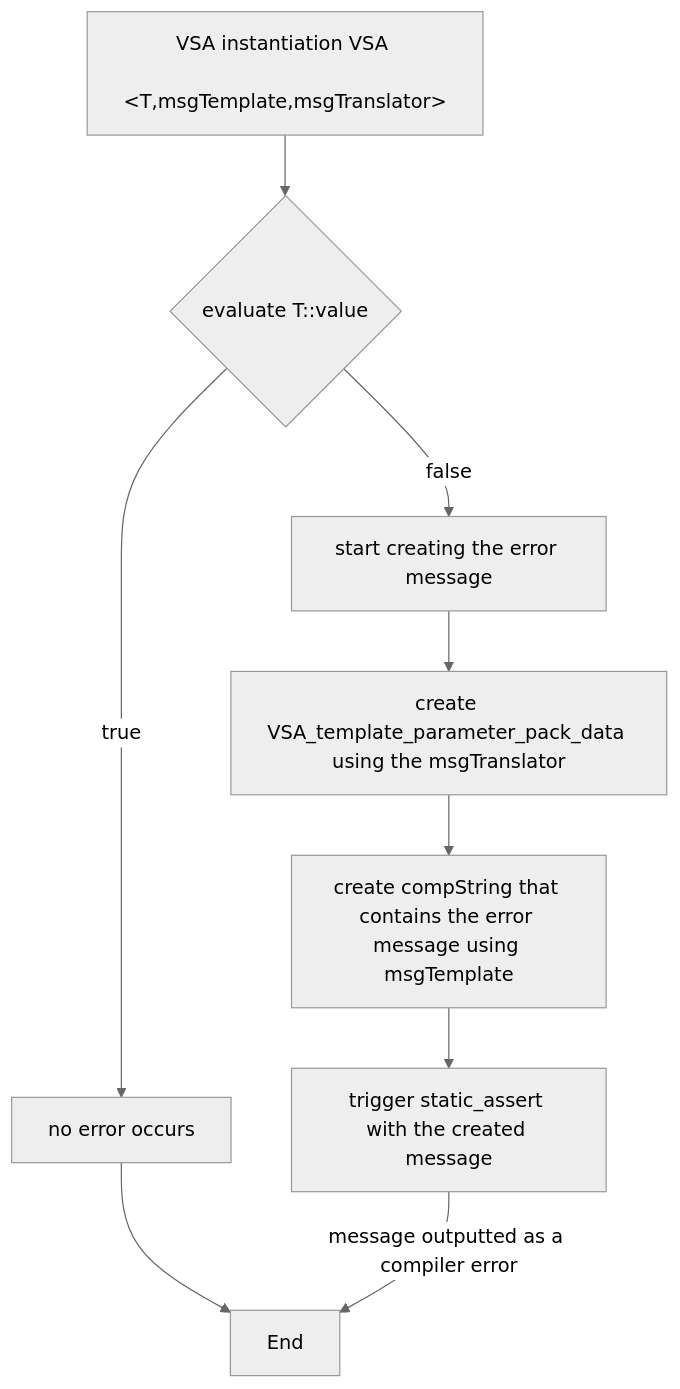
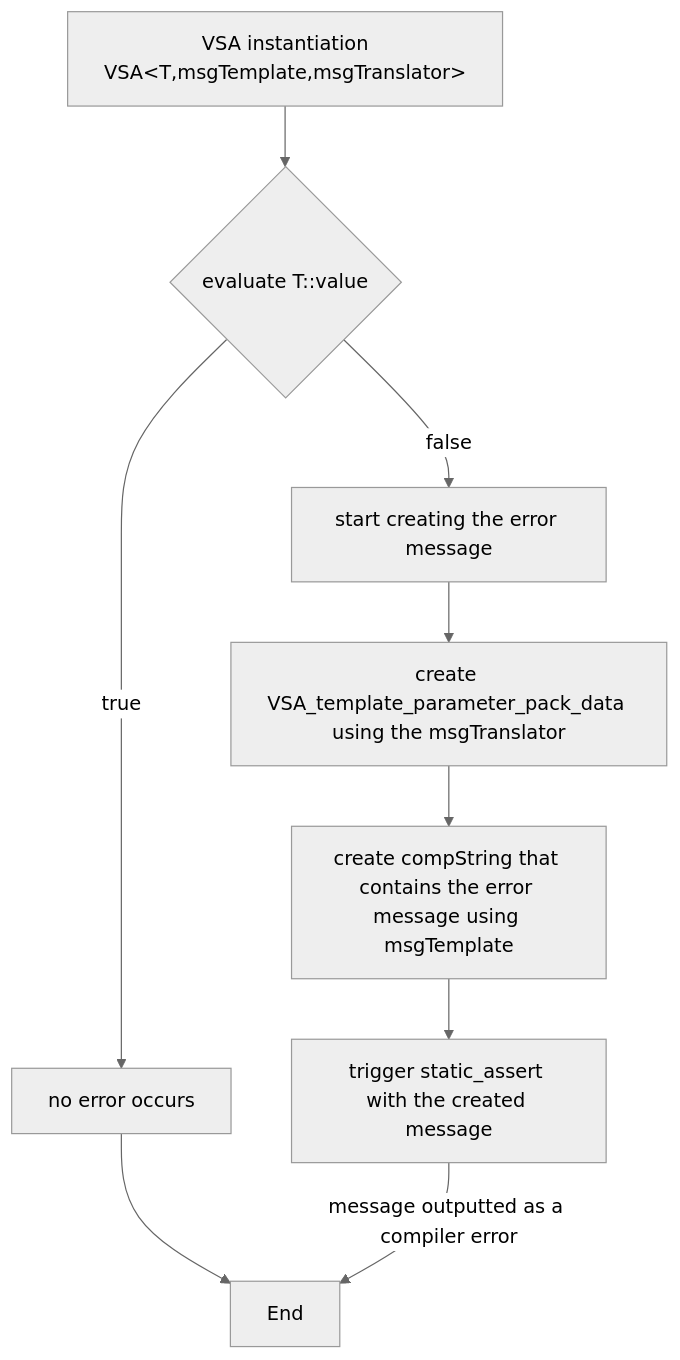
Before and after one commit to Alexey-Saldyrkine/Compiletime-String-and-Verbose-Static-Assert: the diagram in docs/verbose static assert.md, drawn with Mermaid (neutral theme).

Commit message:
Update verbose static assert.md

````diff
--- a/docs/verbose static assert.md
+++ b/docs/verbose static assert.md
@@ -22,11 +22,11 @@
 ```mermaid
 flowchart TD
-	A["VSA instantiation VSA <br> &lt;T,msgTemplate,msgTranslator&gt;"] --> B{ evaluate T::value }
+	A["VSA instantiation<br>VSA&lt;T,msgTemplate,msgTranslator&gt;"] --> B{ evaluate T::value }
 	B -- true --> C[no error occurs]
 	C --> D[End]
 	B -- false --> E[start creating the error message]
 	E --> F[create VSA_template_parameter_pack_data using the msgTranslator]
 	F --> G[create compString that contains the error message using msgTemplate]
 	G --> H[trigger static_assert with the created message]
 	H -- message outputted as a compiler error --> D[End]
 ```
````
